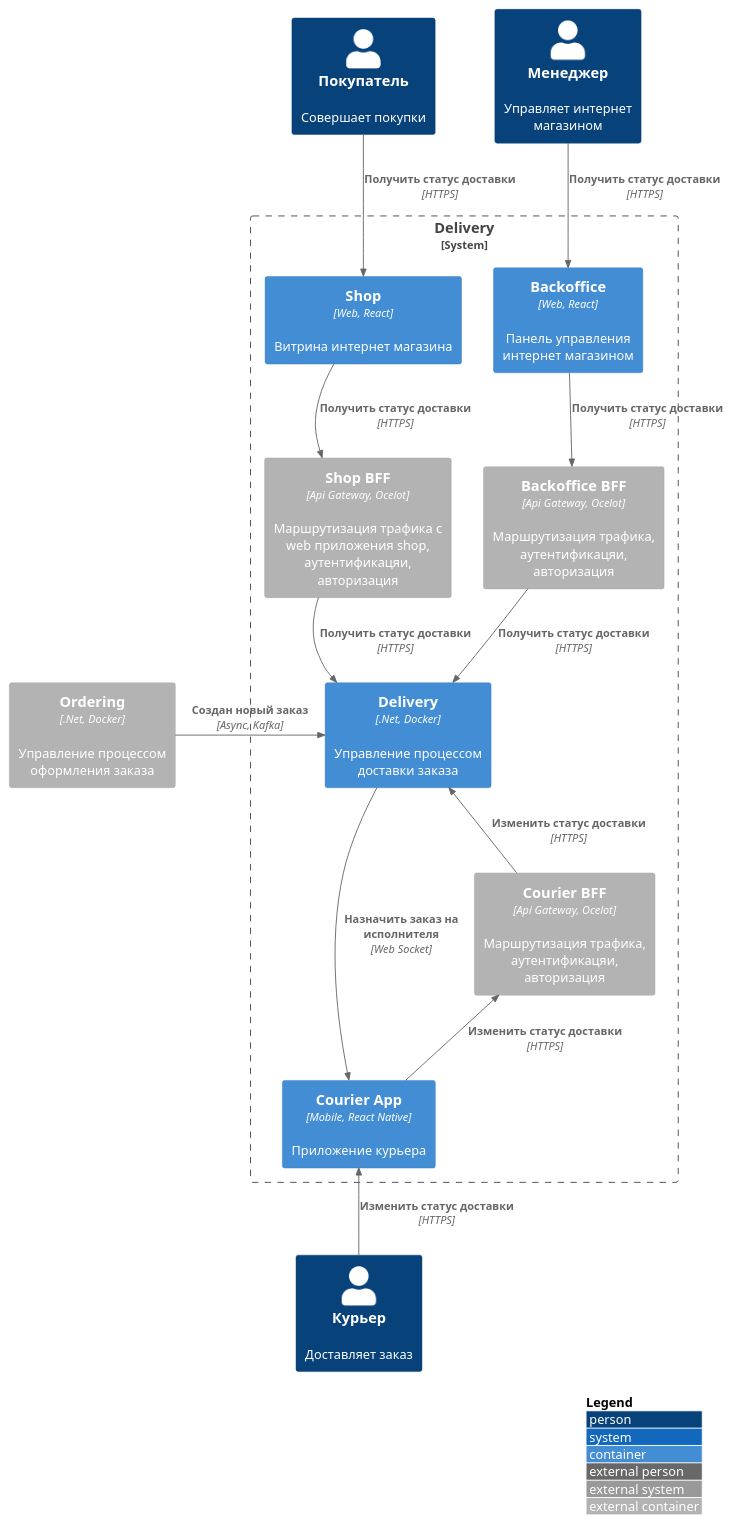
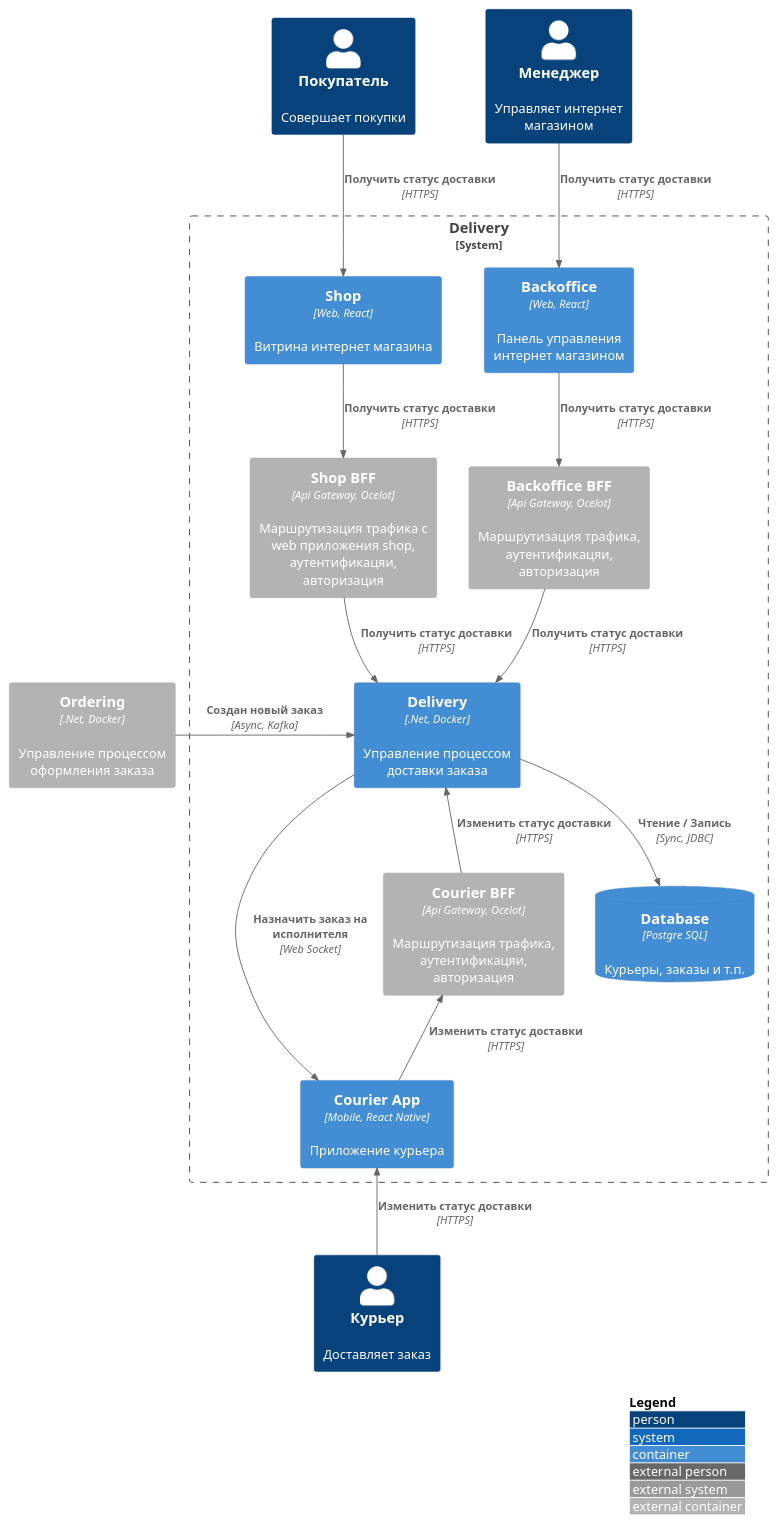
One commit to gerzhan/knigaexpert-system-design changed the first of 2 diagrams in services/delivery/README.md. Above: the diagram before and after it, drawn with PlantUML. The commit also changed 2 other files, not shown here.

````diff
--- a/services/delivery/README.md
+++ b/services/delivery/README.md
@@ -9,43 +9,45 @@
 ```plantuml
 !include https://raw.githubusercontent.com/plantuml-stdlib/C4-PlantUML/master/C4_Container.puml
 
 skinparam wrapWidth 200
 skinparam maxMessageSize 200
 
 LAYOUT_TOP_DOWN()
 LAYOUT_WITH_LEGEND()
 
 Person(customer, Покупатель, "Совершает покупки")
 Person(manager, Менеджер, "Управляет интернет магазином")
 Person(courier, Курьер, "Доставляет заказ")
 
 Container_Ext(ordering, "Ordering", ".Net, Docker", "Управление процессом оформления заказа")
 
 
 System_Boundary(boundary, "Delivery") {
 ' Shop
 Container(shop_app, "Shop", "Web, React", "Витрина интернет магазина")
 Container_Ext(shop_bff, "Shop BFF", "Api Gateway, Ocelot", "Маршрутизация трафика c web приложения shop, аутентификацяи, авторизация")
 Rel(shop_app, shop_bff, "Получить статус доставки", "HTTPS")
 Rel(customer, shop_app, "Получить статус доставки", "HTTPS")
 
 ' Backoffice
 Container(backoffice_app, "Backoffice", "Web, React", "Панель управления интернет магазином")  
 Container_Ext(backoffice_bff, "Backoffice BFF", "Api Gateway, Ocelot", "Маршрутизация трафика, аутентификацяи, авторизация")
 Rel(backoffice_app, backoffice_bff, "Получить статус доставки", "HTTPS")
 Rel(manager, backoffice_app, "Получить статус доставки", "HTTPS")
 
 ' Сourier App
 Container(courier_app, "Courier App", "Mobile, React Native", "Приложение курьера")  
 Container_Ext(courier_bff, "Courier BFF", "Api Gateway, Ocelot", "Маршрутизация трафика, аутентификацяи, авторизация")
 Rel_U(courier_app, courier_bff, "Изменить статус доставки", "HTTPS")
 Rel_U(courier, courier_app, "Изменить статус доставки", "HTTPS")
 
 Container(delivery, "Delivery", ".Net, Docker", "Управление процессом доставки заказа")
+ContainerDb(delivery_db, "Database", "Postgre SQL", "Курьеры, заказы и т.п.")
+Rel(delivery, delivery_db, "Чтение / Запись", "Sync, JDBC")
 Rel_R(ordering, delivery, "Cоздан новый заказ", "Async, Kafka")
 Rel(backoffice_bff, delivery, "Получить статус доставки", "HTTPS")
 Rel(shop_bff, delivery, "Получить статус доставки", "HTTPS")
 Rel(delivery, courier_app, "Назначить заказ на исполнителя", "Web Socket")
 Rel_U(courier_bff, delivery, "Изменить статус доставки", "HTTPS")
 }
 ```
````
